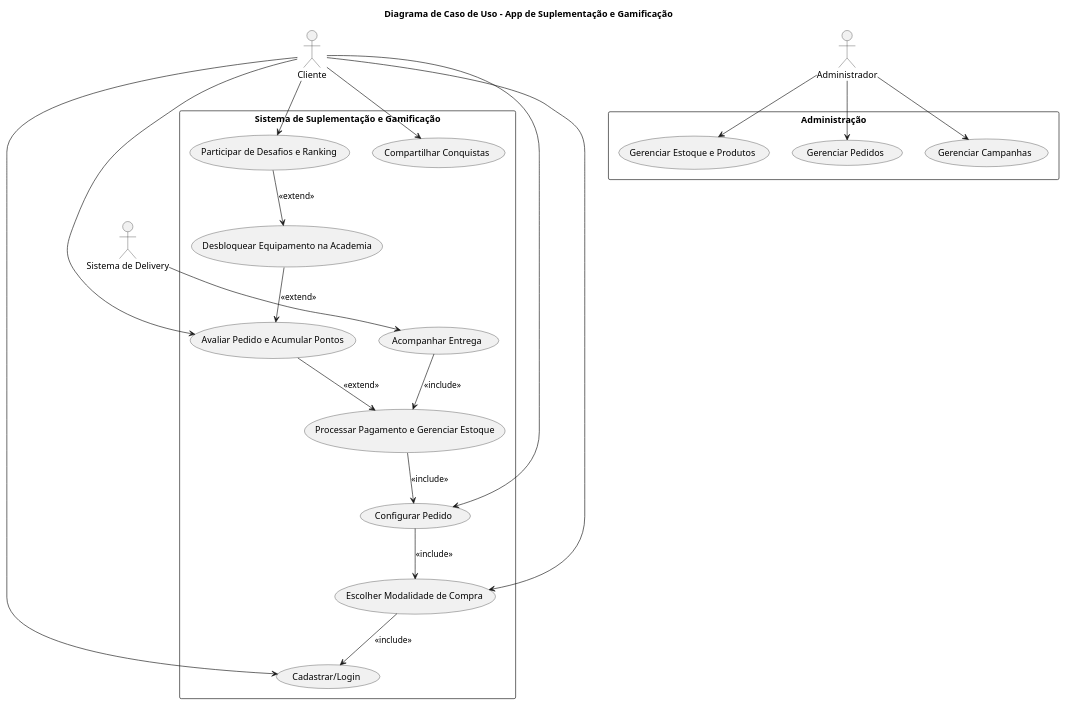
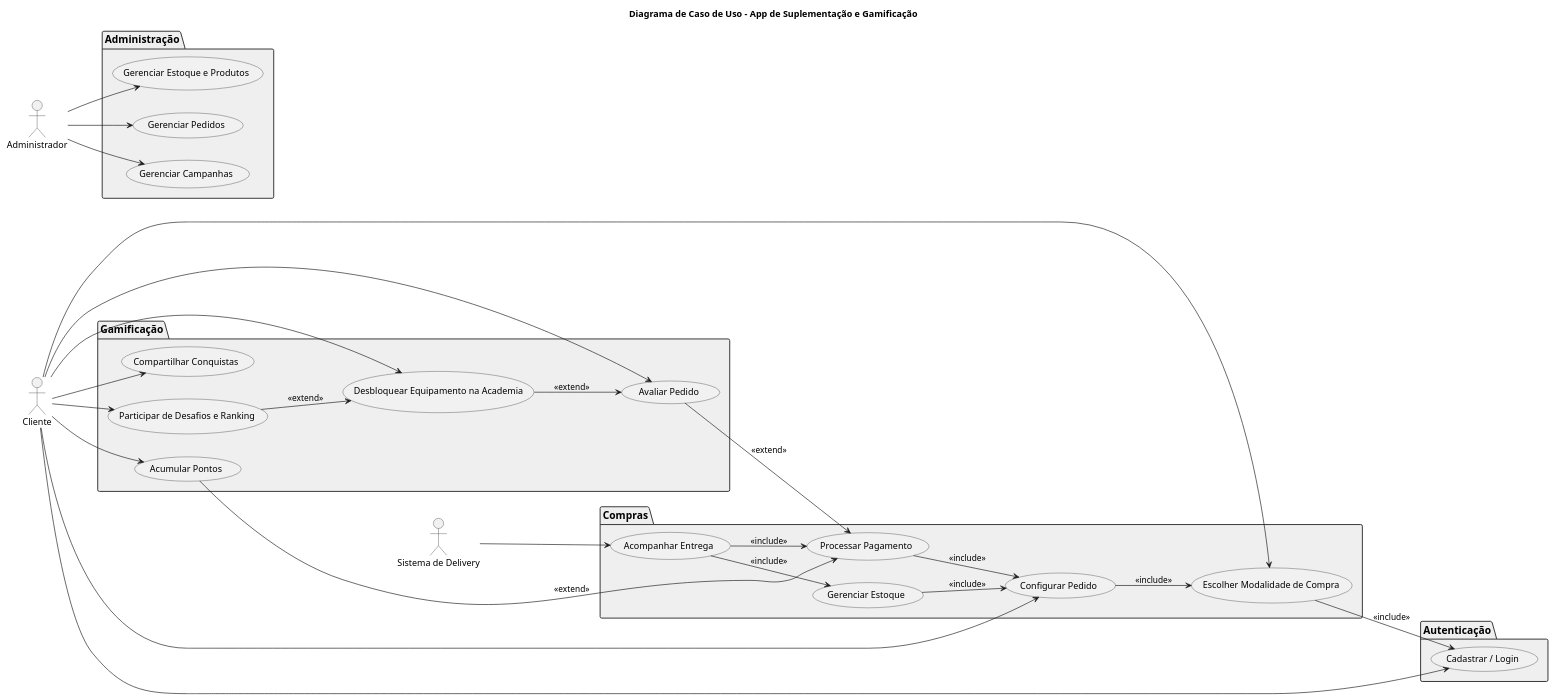
Before and after one commit to sumioshi/SuppliFIT: the diagram in plant/uso.puml, drawn with PlantUML.

Commit message:
atualização do diagrama de caso de uso

```diff
--- a/plant/uso.puml
+++ b/plant/uso.puml
@@ -1,52 +1,80 @@
 @startuml
+
 title Diagrama de Caso de Uso - App de Suplementação e Gamificação
 
-' Definição dos Atores
+' Configurações de estilo
+skinparam usecase {
+  Width 260
+  Height 60
+  FontSize 14
+}
+skinparam package {
+  BackgroundColor #EFEFEF
+  BorderColor #333333
+  FontSize 16
+}
+
+' Fluxo horizontal para melhor visualização
+left to right direction
+
+' Atores
 actor "Cliente" as Cliente
+actor "Sistema de Delivery" as Delivery
 actor "Administrador" as Admin
-actor "Sistema de Delivery" as Delivery
 
-' Casos de Uso do Sistema
-rectangle "Sistema de Suplementação e Gamificação" {
-  (Cadastrar/Login) as UC1
+' Grupos de casos de uso em colunas
+
+package "Autenticação" {
+  (Cadastrar / Login) as UC1
+}
+
+package "Compras" {
   (Escolher Modalidade de Compra) as UC2
   (Configurar Pedido) as UC3
-  (Processar Pagamento e Gerenciar Estoque) as UC4
-  (Acompanhar Entrega) as UC5
-  (Avaliar Pedido e Acumular Pontos) as UC6
-  (Desbloquear Equipamento na Academia) as UC7
-  (Participar de Desafios e Ranking) as UC8
-  (Compartilhar Conquistas) as UC9
+  (Processar Pagamento) as UC4
+  (Gerenciar Estoque) as UC5
+  (Acompanhar Entrega) as UC6
 }
 
-' Associação de Atores aos Casos de Uso
+package "Gamificação" {
+  (Avaliar Pedido) as UC7
+  (Acumular Pontos) as UC8
+  (Desbloquear Equipamento na Academia) as UC9
+  (Participar de Desafios e Ranking) as UC10
+  (Compartilhar Conquistas) as UC11
+}
+
+package "Administração" {
+  (Gerenciar Estoque e Produtos) as UC12
+  (Gerenciar Pedidos) as UC13
+  (Gerenciar Campanhas) as UC14
+}
+
+' Ligações de atores aos casos de uso
 Cliente --> UC1
 Cliente --> UC2
 Cliente --> UC3
-Cliente --> UC6
+Cliente --> UC7
 Cliente --> UC8
 Cliente --> UC9
+Cliente --> UC10
+Cliente --> UC11
+Delivery --> UC6
+Admin   --> UC12
+Admin   --> UC13
+Admin   --> UC14
 
-Delivery --> UC5
-
-' Relacionamentos entre Casos de Uso
+' Relacionamentos include e extend
 UC2 --> UC1 : <<include>>
 UC3 --> UC2 : <<include>>
 UC4 --> UC3 : <<include>>
-UC5 --> UC4 : <<include>>
-UC6 --> UC4 : <<extend>>
-UC7 --> UC6 : <<extend>>
-UC8 --> UC7 : <<extend>>
+UC5 --> UC3 : <<include>>
+UC6 --> UC4 : <<include>>
+UC6 --> UC5 : <<include>>
 
-' Casos de Uso gerenciados pelo Administrador
-rectangle "Administração" {
-  (Gerenciar Estoque e Produtos) as UC10
-  (Gerenciar Pedidos) as UC11
-  (Gerenciar Campanhas) as UC12
-}
-
-Admin --> UC10
-Admin --> UC11
-Admin --> UC12
+UC7 --> UC4 : <<extend>>
+UC8 --> UC4 : <<extend>>
+UC9 --> UC7 : <<extend>>
+UC10 --> UC9 : <<extend>>
 
 @enduml
```
